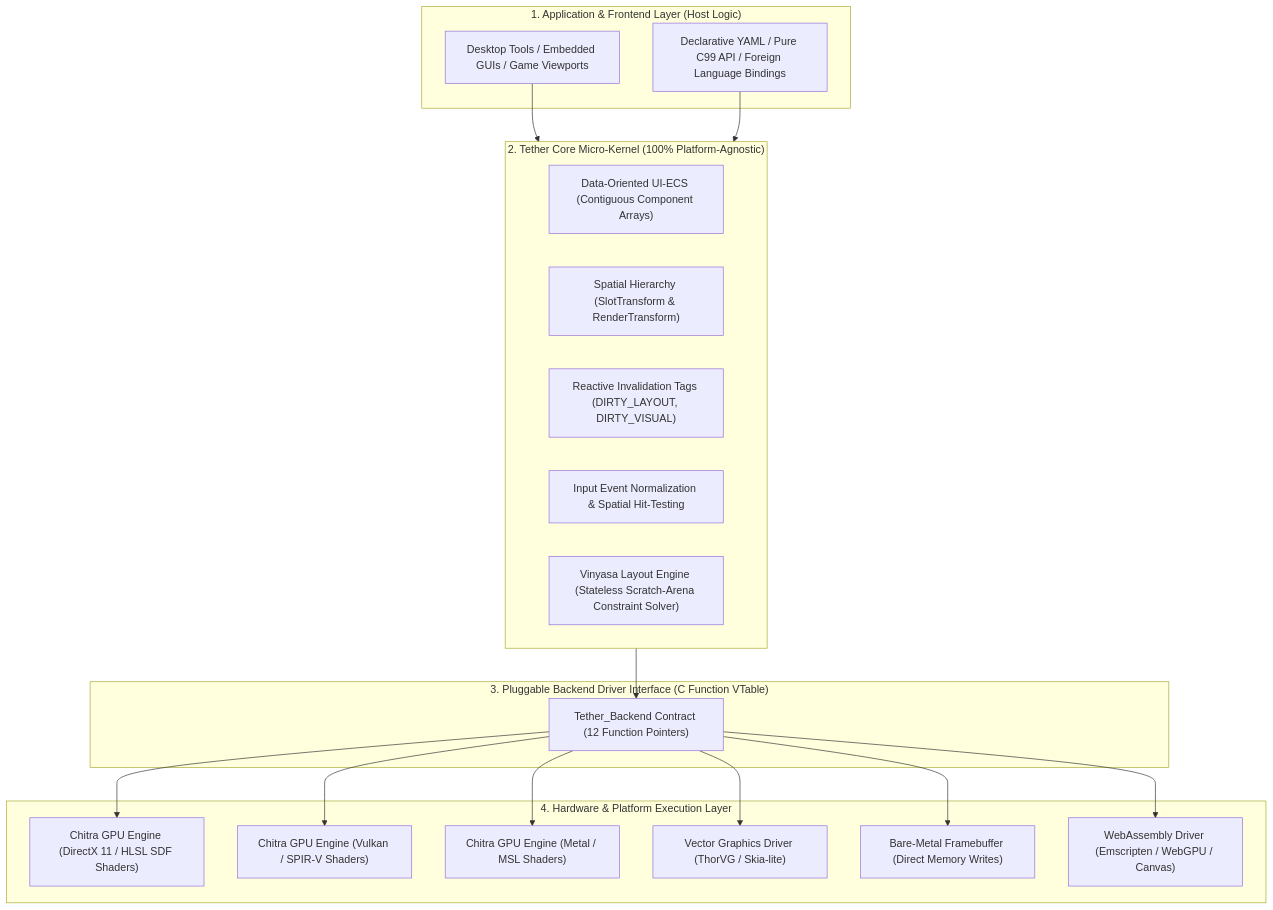
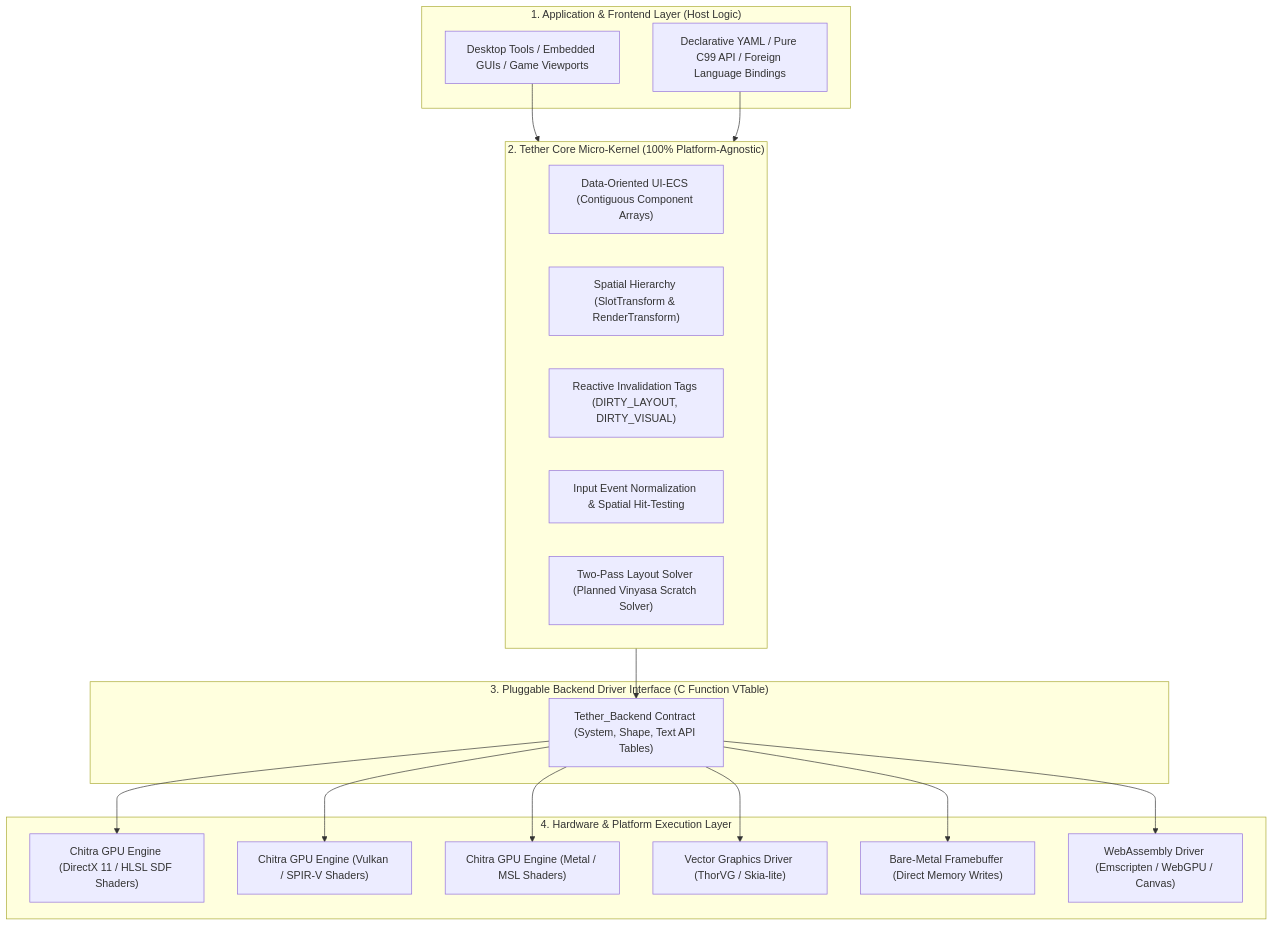
Before and after one commit to Yuvi-GD/Tether: the diagram in docs/presentation/07_portability_and_consistency.md, drawn with Mermaid. The commit also changed other lines of this file and 24 other files, not shown here.

Commit message:
docs: align technical docs with v0.0.3-preview and clarify presentation roadmap

````diff
--- a/docs/presentation/07_portability_and_consistency.md
+++ b/docs/presentation/07_portability_and_consistency.md
@@ -25,38 +25,38 @@
 ```mermaid
 flowchart TD
     subgraph Layer1["1. Application & Frontend Layer (Host Logic)"]
         Apps["Desktop Tools / Embedded GUIs / Game Viewports"]
         Authoring["Declarative YAML / Pure C99 API / Foreign Language Bindings"]
     end
 
     subgraph Layer2["2. Tether Core Micro-Kernel (100% Platform-Agnostic)"]
         UI_ECS["Data-Oriented UI-ECS (Contiguous Component Arrays)"]
         Transforms["Spatial Hierarchy (SlotTransform & RenderTransform)"]
         Invalidation["Reactive Invalidation Tags (DIRTY_LAYOUT, DIRTY_VISUAL)"]
         EventHub["Input Event Normalization & Spatial Hit-Testing"]
-        Layout["Vinyasa Layout Engine (Stateless Scratch-Arena Constraint Solver)"]
+        Layout["Two-Pass Layout Solver (Planned Vinyasa Scratch Solver)"]
     end
 
     subgraph Layer3["3. Pluggable Backend Driver Interface (C Function VTable)"]
-        DriverContract["Tether_Backend Contract (12 Function Pointers)"]
+        DriverContract["Tether_Backend Contract (System, Shape, Text API Tables)"]
     end
 
     subgraph Layer4["4. Hardware & Platform Execution Layer"]
         ChitraD3D11["Chitra GPU Engine (DirectX 11 / HLSL SDF Shaders)"]
         ChitraVulkan["Chitra GPU Engine (Vulkan / SPIR-V Shaders)"]
         ChitraMetal["Chitra GPU Engine (Metal / MSL Shaders)"]
         ThorVG["Vector Graphics Driver (ThorVG / Skia-lite)"]
         SoftwareBlit["Bare-Metal Framebuffer (Direct Memory Writes)"]
         WASMDriver["WebAssembly Driver (Emscripten / WebGPU / Canvas)"]
     end
 
     Apps --> Layer2
     Authoring --> Layer2
     Layer2 --> DriverContract
     DriverContract --> ChitraD3D11
     DriverContract --> ChitraVulkan
     DriverContract --> ChitraMetal
     DriverContract --> ThorVG
     DriverContract --> SoftwareBlit
     DriverContract --> WASMDriver
 ```
````
